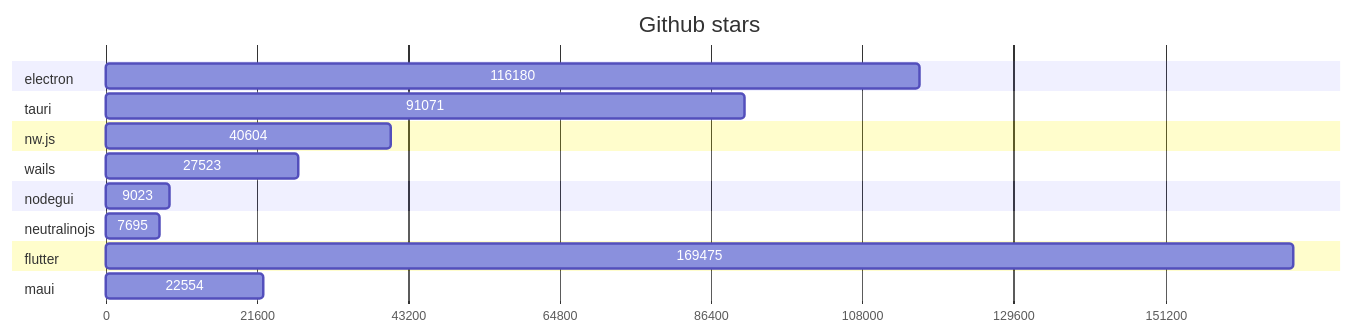
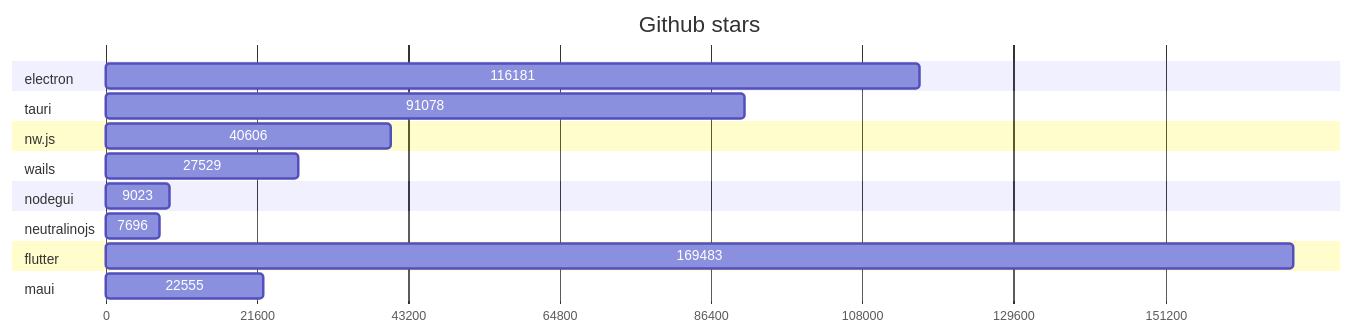
The first of 2 diagrams in GRAPHS.md (Elanis/web-to-desktop-framework-comparison), drawn with Mermaid before and after one commit. The commit also changed other lines of this file and 2 other files, not shown here.

Commit message:
Update stars & Fork

````diff
--- a/GRAPHS.md
+++ b/GRAPHS.md
@@ -5,40 +5,40 @@
 ```mermaid
 gantt
     title Github stars
     dateFormat  X
     axisFormat %s
 
 
 	section electron
-	116180 : 0, 116180
+	116181 : 0, 116181
 
 	
 	section tauri
-	91071 : 0, 91071
+	91078 : 0, 91078
 
 	
 	section nw.js
-	40604 : 0, 40604
+	40606 : 0, 40606
 
 	
 	section wails
-	27523 : 0, 27523
+	27529 : 0, 27529
 
 	
 	section nodegui
 	9023 : 0, 9023
 
 	
 	section neutralinojs
-	7695 : 0, 7695
+	7696 : 0, 7696
 
 	
 	section flutter
-	169475 : 0, 169475
+	169483 : 0, 169483
 
 	
 	section maui
-	22554 : 0, 22554
+	22555 : 0, 22555
 
 	
 ```
````
